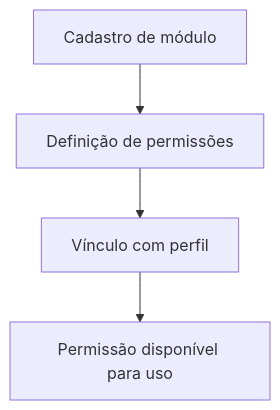
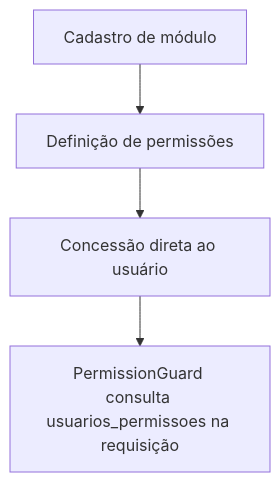
One commit to bebberjoao/RoosterOneBackend changed the diagram in docs/fluxos/permissoes.md. Above: the diagram before and after it, drawn with Mermaid. The commit also changed other lines of this file and 18 other files, not shown here.

````diff
--- a/docs/fluxos/permissoes.md
+++ b/docs/fluxos/permissoes.md
@@ -9,6 +10,6 @@
 ```mermaid
 flowchart TD
     A[Cadastro de módulo] --> B[Definição de permissões]
-    B --> C[Vínculo com perfil]
-    C --> D[Permissão disponível para uso]
+    B --> C[Concessão direta ao usuário]
+    C --> D[PermissionGuard consulta usuarios_permissoes na requisição]
 ```
````
